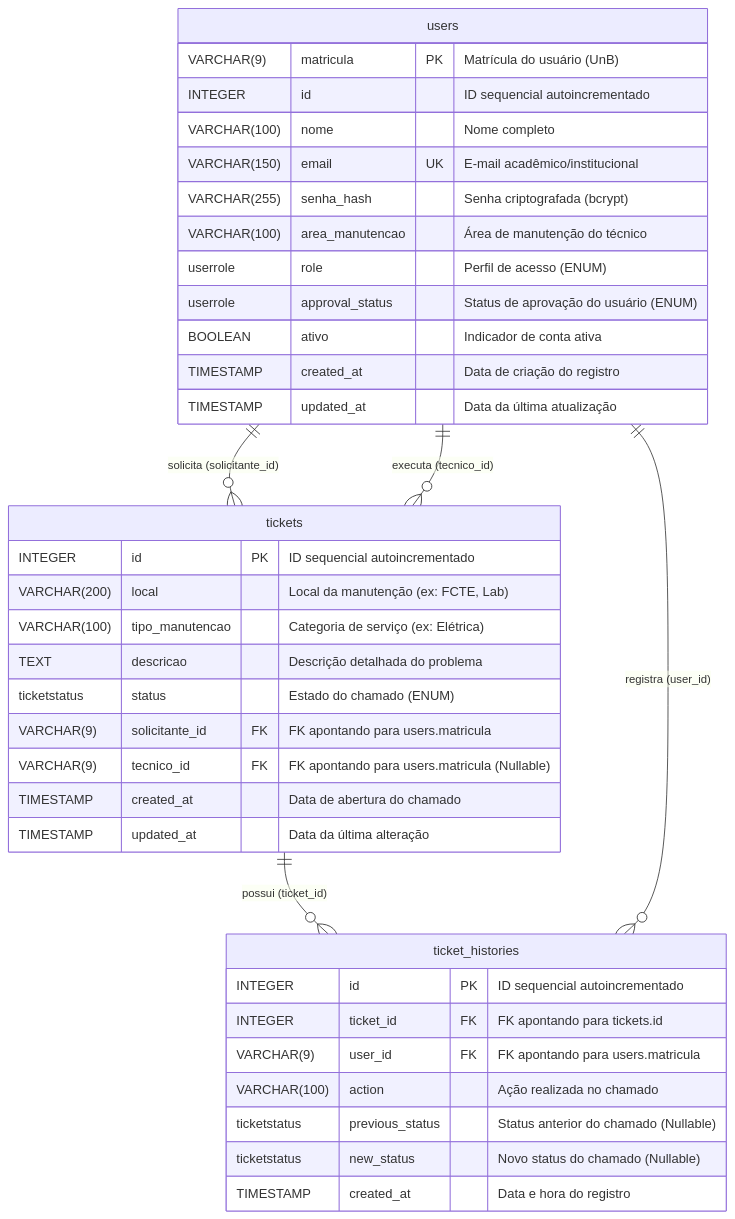
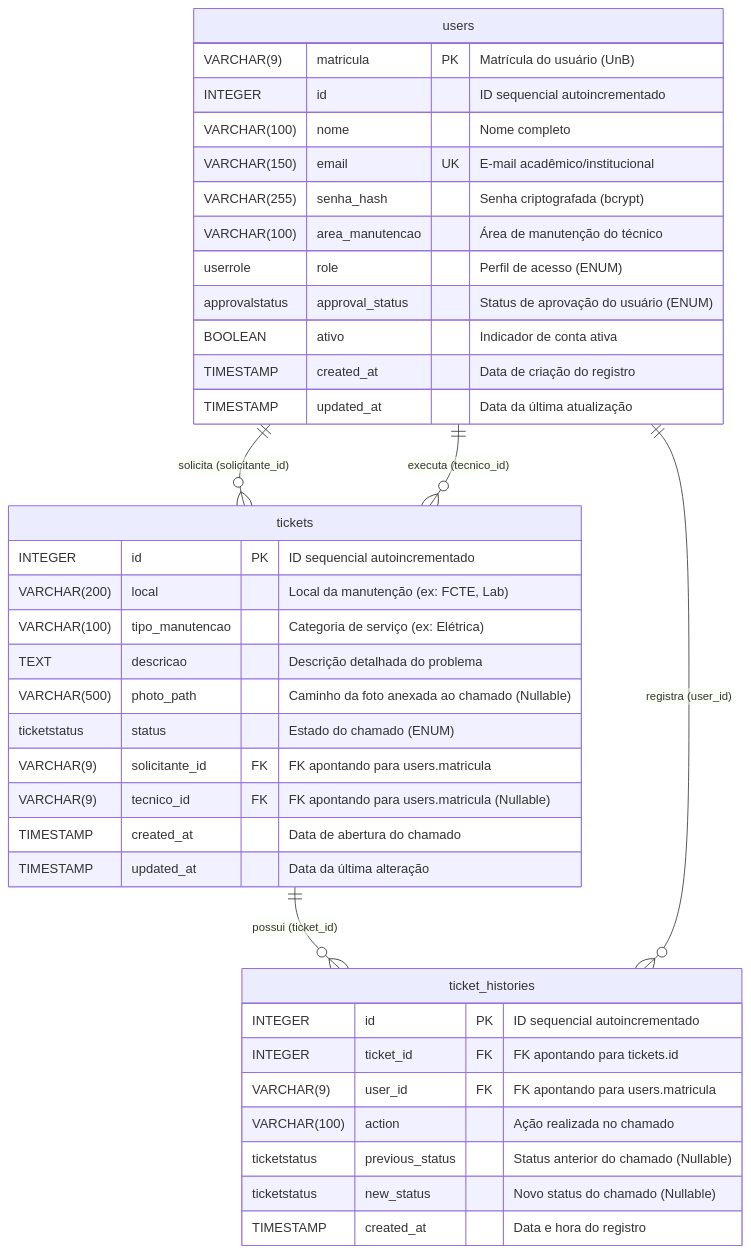
The diagram in docs/DB_VISION.md (FGA0138-MDS-Ajax/2026.1-T03-Parnas), drawn with Mermaid before and after one commit. The commit also changed other lines of this file and 6 other files, not shown here.

````diff
--- a/docs/DB_VISION.md
+++ b/docs/DB_VISION.md
@@ -11,43 +11,44 @@
 ```mermaid
 erDiagram
     users {
         VARCHAR(9) matricula PK "Matrícula do usuário (UnB)"
         INTEGER id "ID sequencial autoincrementado"
         VARCHAR(100) nome "Nome completo"
         VARCHAR(150) email UK "E-mail acadêmico/institucional"
         VARCHAR(255) senha_hash "Senha criptografada (bcrypt)"
         VARCHAR(100) area_manutencao "Área de manutenção do técnico"
         userrole role "Perfil de acesso (ENUM)"
-        userrole approval_status "Status de aprovação do usuário (ENUM)"
+        approvalstatus approval_status "Status de aprovação do usuário (ENUM)"
         BOOLEAN ativo "Indicador de conta ativa"
         TIMESTAMP created_at "Data de criação do registro"
         TIMESTAMP updated_at "Data da última atualização"
     }
 
     tickets {
         INTEGER id PK "ID sequencial autoincrementado"
         VARCHAR(200) local "Local da manutenção (ex: FCTE, Lab)"
         VARCHAR(100) tipo_manutencao "Categoria de serviço (ex: Elétrica)"
         TEXT descricao "Descrição detalhada do problema"
+        VARCHAR(500) photo_path "Caminho da foto anexada ao chamado (Nullable)"
         ticketstatus status "Estado do chamado (ENUM)"
         VARCHAR(9) solicitante_id FK "FK apontando para users.matricula"
         VARCHAR(9) tecnico_id FK "FK apontando para users.matricula (Nullable)"
         TIMESTAMP created_at "Data de abertura do chamado"
         TIMESTAMP updated_at "Data da última alteração"
     }
 
     ticket_histories {
         INTEGER id PK "ID sequencial autoincrementado"
         INTEGER ticket_id FK "FK apontando para tickets.id"
         VARCHAR(9) user_id FK "FK apontando para users.matricula"
         VARCHAR(100) action "Ação realizada no chamado"
         ticketstatus previous_status "Status anterior do chamado (Nullable)"
         ticketstatus new_status "Novo status do chamado (Nullable)"
         TIMESTAMP created_at "Data e hora do registro"
     }
 
     users ||--o{ tickets : "solicita (solicitante_id)"
     users ||--o{ tickets : "executa (tecnico_id)"
     tickets ||--o{ ticket_histories : "possui (ticket_id)"
     users ||--o{ ticket_histories : "registra (user_id)"
 ```
````
